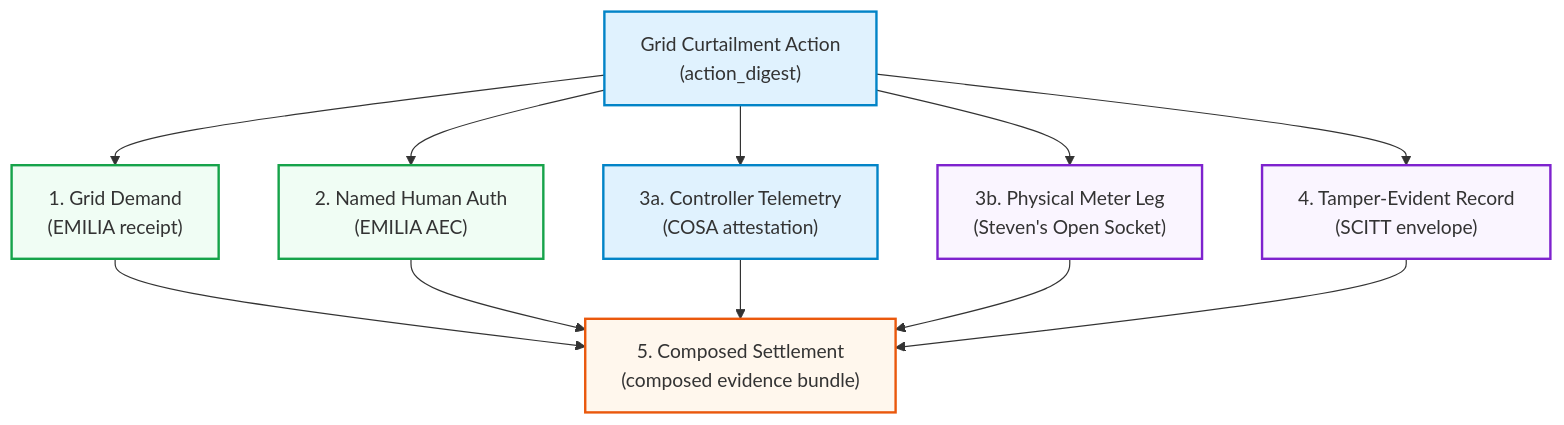
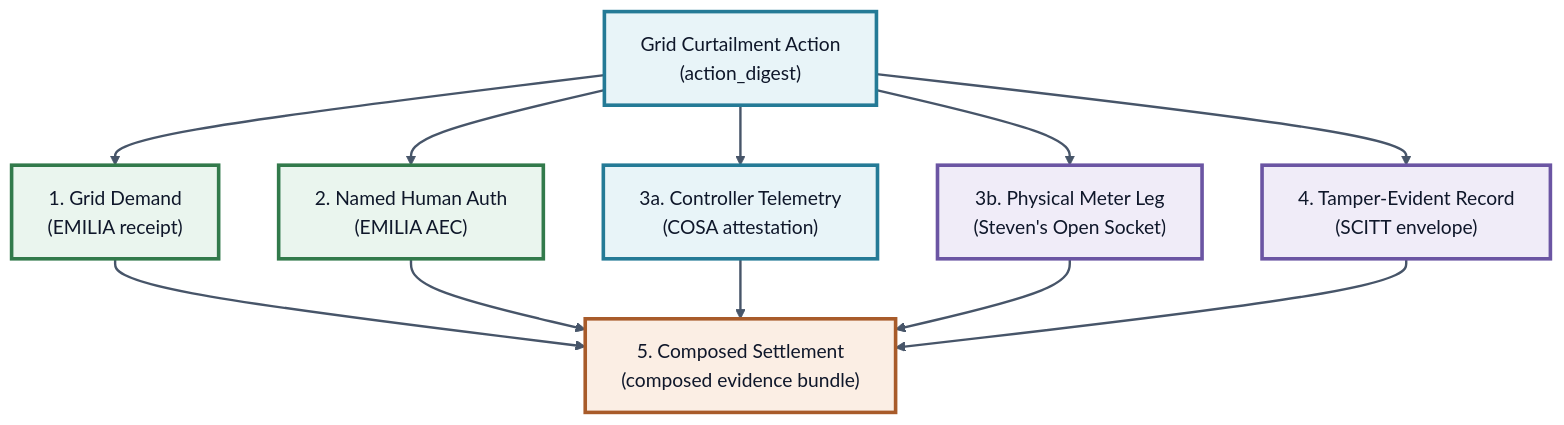
One commit to jdieselny/ecr-wg changed the diagram in planning/CLAIM_HIERARCHY_ONE_PAGER.md. Above: the diagram before and after it, drawn with Mermaid. The commit also changed other lines of this file, not shown here.

Commit message:
Improve claim hierarchy diagram contrast

````diff
--- a/planning/CLAIM_HIERARCHY_ONE_PAGER.md
+++ b/planning/CLAIM_HIERARCHY_ONE_PAGER.md
@@ -10,28 +10,30 @@
 ```mermaid
 graph TD
-    classDef cosa fill:#e0f2fe,stroke:#0284c7,stroke-width:2px;
-    classDef emilia fill:#f0fdf4,stroke:#16a34a,stroke-width:2px;
-    classDef actionstate fill:#faf5ff,stroke:#7e22ce,stroke-width:2px;
-    classDef settlement fill:#fff7ed,stroke:#ea580c,stroke-width:2px;
+    %% ECR-WG palette: high-contrast strokes and restrained fills for projection and print.
+    linkStyle default stroke:#475569,stroke-width:2px;
+    classDef cosa fill:#E8F4F8,stroke:#247A96,stroke-width:3px,color:#0F172A;
+    classDef emilia fill:#EAF5EE,stroke:#327A4B,stroke-width:3px,color:#0F172A;
+    classDef actionstate fill:#F0ECF8,stroke:#6B55A3,stroke-width:3px,color:#0F172A;
+    classDef settlement fill:#FBEEE4,stroke:#A85B2A,stroke-width:3px,color:#0F172A;
 
     EVENT["Grid Curtailment Action<br>(action_digest)"]:::cosa
     
     L1["1. Grid Demand<br>(EMILIA receipt)"]:::emilia
     L2["2. Named Human Auth<br>(EMILIA AEC)"]:::emilia
     L3a["3a. Controller Telemetry<br>(COSA attestation)"]:::cosa
     L3b["3b. Physical Meter Leg<br>(Steven's Open Socket)"]:::actionstate
     L4["4. Tamper-Evident Record<br>(SCITT envelope)"]:::actionstate
     L5["5. Composed Settlement<br>(composed evidence bundle)"]:::settlement
 
     EVENT --> L1
     EVENT --> L2
     EVENT --> L3a
     EVENT --> L3b
     EVENT --> L4
     
     L1 --> L5
     L2 --> L5
     L3a --> L5
     L3b --> L5
     L4 --> L5
 ```
````
